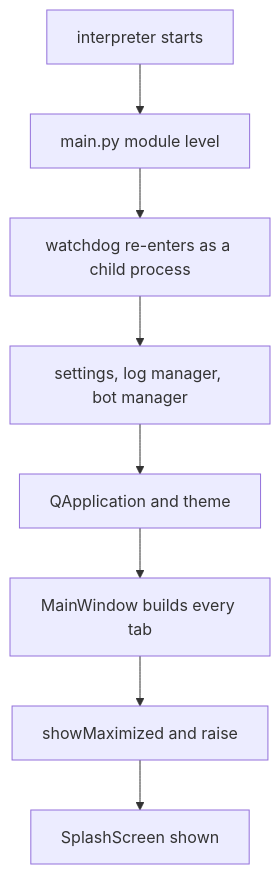
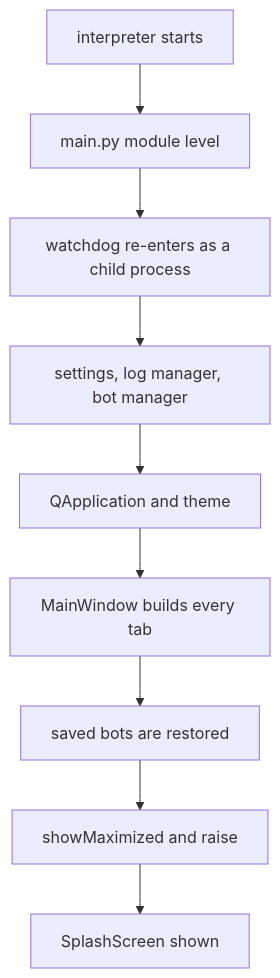
The diagram in docs/audits/2026-10-07_splash_delay_measurement.md (Acervator-LLC/ACERVATOR), drawn with Mermaid before and after one commit. The commit also changed other lines of this file, not shown here.

First line of the commit message:
The pre-splash landmark is the restore, not the Console tab (#1201)

````diff
--- a/docs/audits/2026-10-07_splash_delay_measurement.md
+++ b/docs/audits/2026-10-07_splash_delay_measurement.md
@@ -18,10 +23,11 @@
 ```mermaid
 flowchart TD
     A[interpreter starts] --> B[main.py module level]
     B --> C[watchdog re-enters as a child process]
     C --> D[settings, log manager, bot manager]
     D --> E[QApplication and theme]
     E --> F[MainWindow builds every tab]
-    F --> G[showMaximized and raise]
-    G --> H[SplashScreen shown]
+    F --> G[saved bots are restored]
+    G --> H[showMaximized and raise]
+    H --> I[SplashScreen shown]
 ```
````
